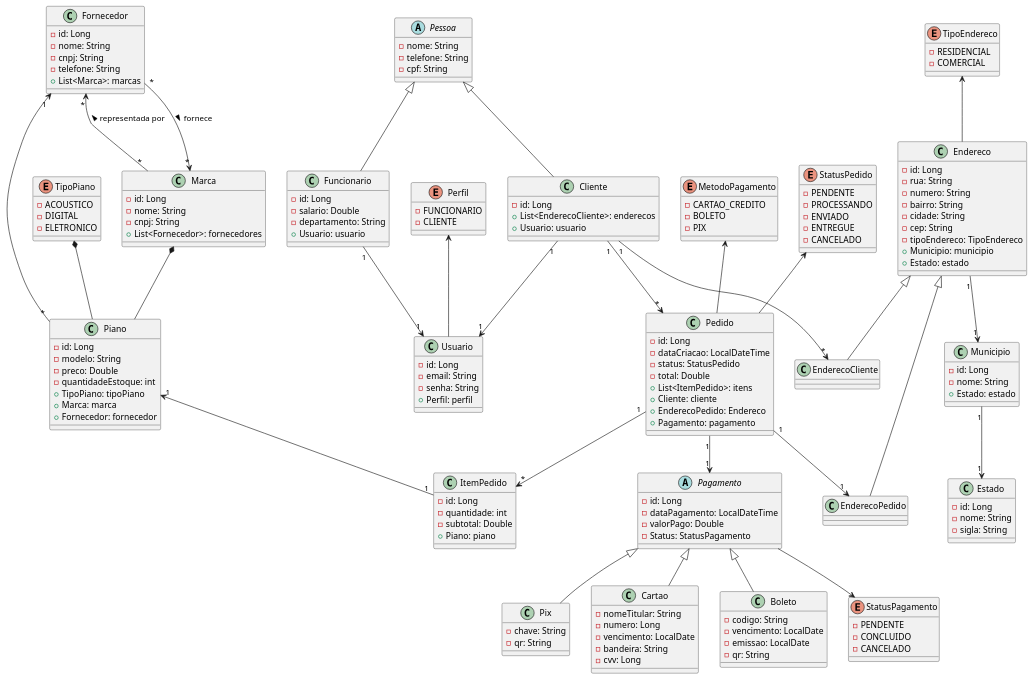
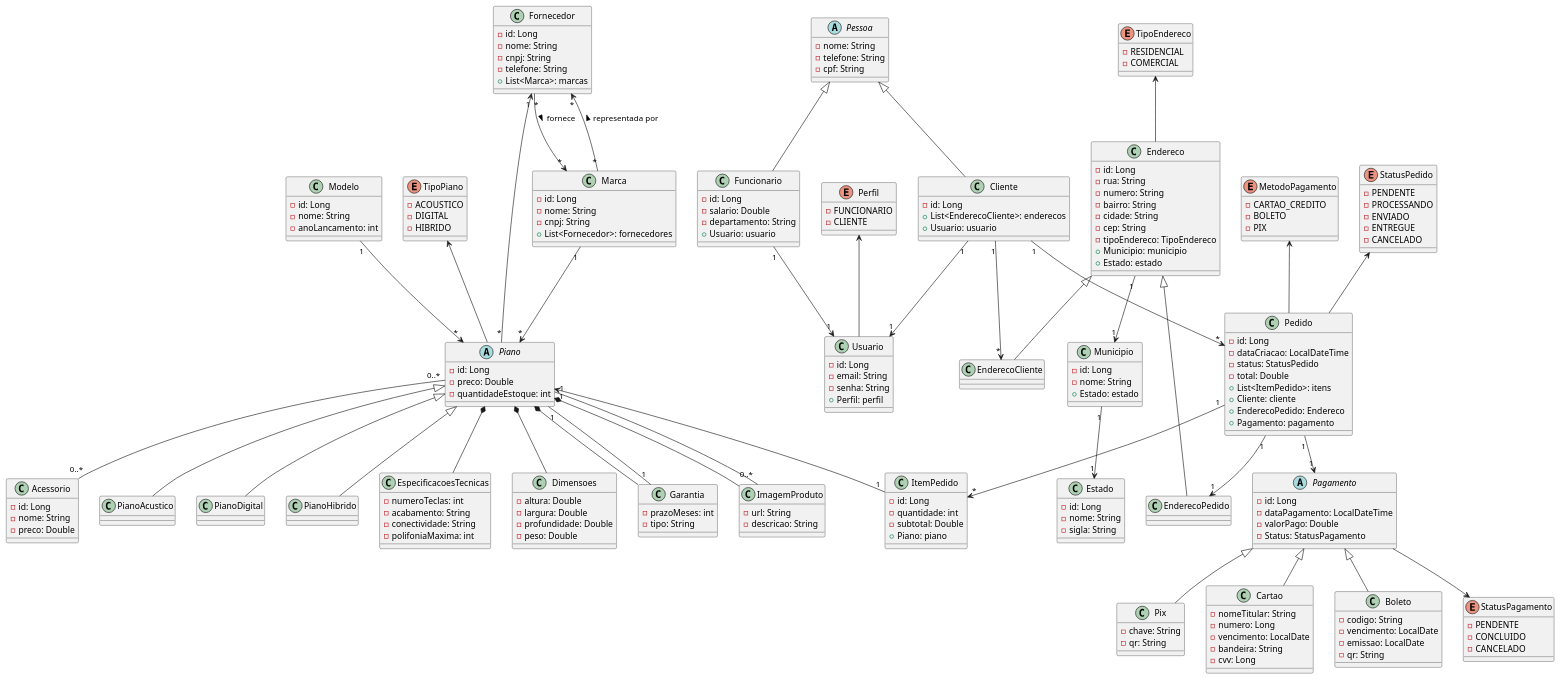
Before and after one commit to VictorDepX/ecommerce-pianos: the diagram in Diagrama.plantuml, drawn with PlantUML.

```diff
--- a/Diagrama.plantuml
+++ b/Diagrama.plantuml
@@ -1,4 +1,5 @@
 @startuml
+' ===== Pessoas =====
 abstract class Pessoa {
   - nome: String
   - telefone: String
@@ -25,6 +26,7 @@
   + Usuario: usuario
 }
 
+' ===== Fornecedor / Marca / Modelo =====
 class Fornecedor {
   - id: Long
   - nome: String
@@ -40,16 +42,54 @@
   + List<Fornecedor>: fornecedores
 }
 
-class Piano {
+class Modelo {
   - id: Long
-  - modelo: String
+  - nome: String
+  - anoLancamento: int
+}
+
+' ===== Piano =====
+abstract class Piano {
+  - id: Long
   - preco: Double
   - quantidadeEstoque: int
-  + TipoPiano: tipoPiano
-  + Marca: marca
-  + Fornecedor: fornecedor
 }
 
+class PianoAcustico
+class PianoDigital
+class PianoHibrido
+
+class EspecificacoesTecnicas {
+  - numeroTeclas: int
+  - acabamento: String
+  - conectividade: String
+  - polifoniaMaxima: int
+}
+
+class Dimensoes {
+  - altura: Double
+  - largura: Double
+  - profundidade: Double
+  - peso: Double
+}
+
+class Garantia {
+  - prazoMeses: int
+  - tipo: String
+}
+
+class ImagemProduto {
+  - url: String
+  - descricao: String
+}
+
+class Acessorio {
+  - id: Long
+  - nome: String
+  - preco: Double
+}
+
+' ===== Pedido =====
 class Pedido {
   - id: Long
   - dataCriacao: LocalDateTime
@@ -68,6 +108,7 @@
   + Piano: piano
 }
 
+' ===== Pagamento =====
 abstract class Pagamento {
   - id: Long
   - dataPagamento: LocalDateTime
@@ -95,6 +136,7 @@
   - qr: String
 }
 
+' ===== Endereco =====
 class Endereco {
   - id: Long
   - rua: String
@@ -122,10 +164,11 @@
 class EnderecoPedido extends Endereco {}
 class EnderecoCliente extends Endereco {}
 
+' ===== Enums =====
 enum TipoPiano {
   - ACOUSTICO
   - DIGITAL
-  - ELETRONICO
+  - HIBRIDO
 }
 
 enum StatusPedido {
@@ -158,24 +201,36 @@
   - CLIENTE
 }
 
-Cliente "1" --> "*" Pedido
+' ===== Relacionamentos =====
+ItemPedido "1" -up-> "1" Piano
 Pedido "1" --> "*" ItemPedido
-ItemPedido "1" -up-> "1" Piano
 Pedido "1" --> "1" EnderecoPedido
 Pedido "1" --> "1" Pagamento
 StatusPedido <-- Pedido
+Marca "*" --> "*" Fornecedor : representada por >
+Marca "1" --> "*" Piano
 Fornecedor "*" --> "*" Marca : fornece >
-Marca "*" --> "*" Fornecedor : representada por >
 Fornecedor "1" <-- "*" Piano
+Modelo "1" --> "*" Piano
 Endereco "1" --> "1" Municipio
+Municipio "1" --> "1" Estado
 TipoEndereco <-- Endereco
-Municipio "1" --> "1" Estado
 MetodoPagamento <-- Pedido
 StatusPagamento <-up- Pagamento
-TipoPiano *-- Piano
 Perfil <-- Usuario
-Marca *-- Piano
+TipoPiano <-- Piano
 Cliente "1" --> "*" EnderecoCliente
 Cliente "1" --> "1" Usuario
+Cliente "1" --> "*" Pedido
 Funcionario "1" --> "1" Usuario
+Piano <|-- PianoAcustico
+Piano <|-- PianoDigital
+Piano <|-- PianoHibrido
+Piano *-- EspecificacoesTecnicas
+Piano *-- Dimensoes
+Piano *-- Garantia
+Piano *-- ImagemProduto
+Piano "1" -- "1" Garantia
+Piano "1" -- "0..*" ImagemProduto
+Piano "0..*" -- "0..*" Acessorio
 @enduml
```
